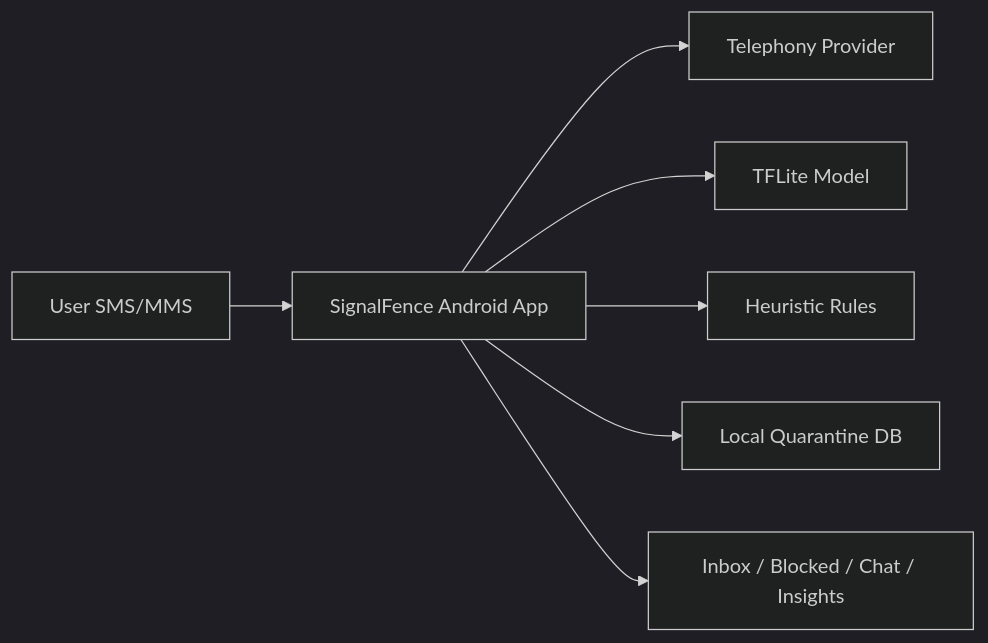
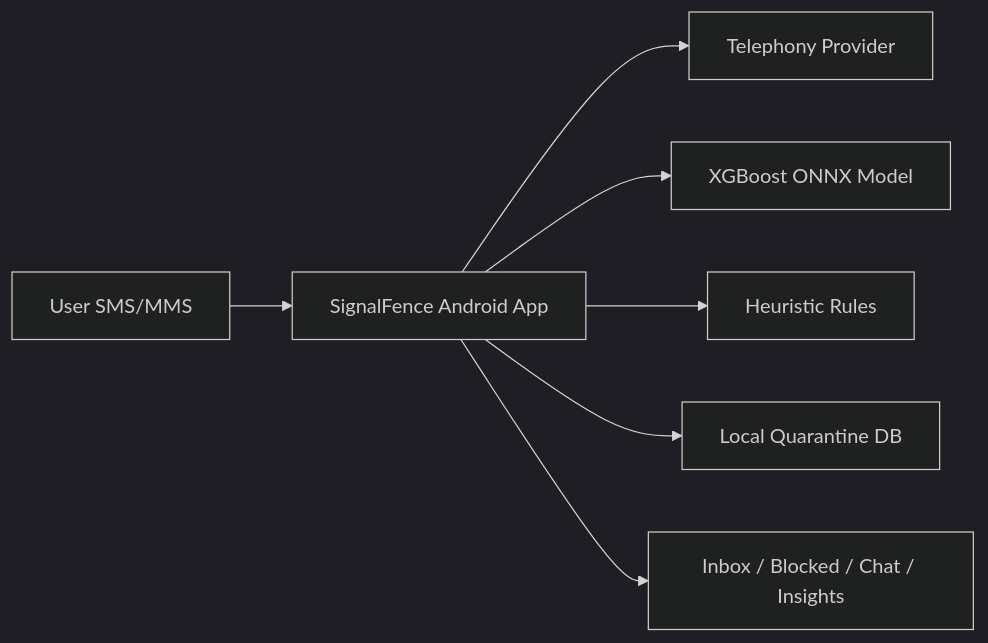
One commit to shashank35i/signalfence-ai-android changed the diagram in README.md. Above: the diagram before and after it, drawn with Mermaid (dark theme). The commit also changed other lines of this file and 12 other files, not shown here.

Commit message:
Switch ML to on-device XGBoost via ONNX

````diff
--- a/README.md
+++ b/README.md
@@ -82,9 +81,9 @@
 ```mermaid
 flowchart LR
   U[User SMS/MMS] --> AND[SignalFence Android App]
   AND --> SMS[Telephony Provider]
-  AND --> ML[TFLite Model]
+  AND --> ML[XGBoost ONNX Model]
   AND --> HEUR[Heuristic Rules]
   AND --> QDB[Local Quarantine DB]
   AND --> UI[Inbox / Blocked / Chat / Insights]
 ```
````
